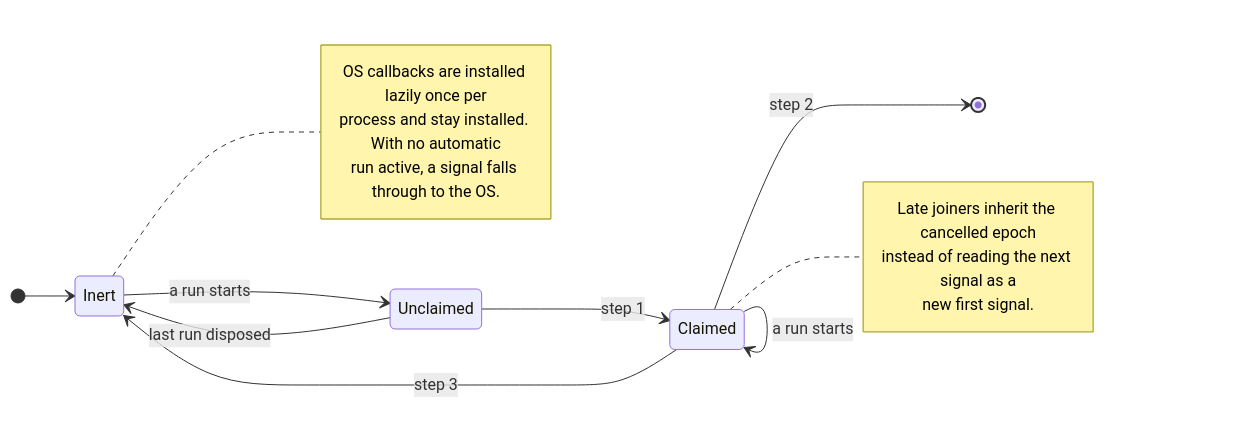
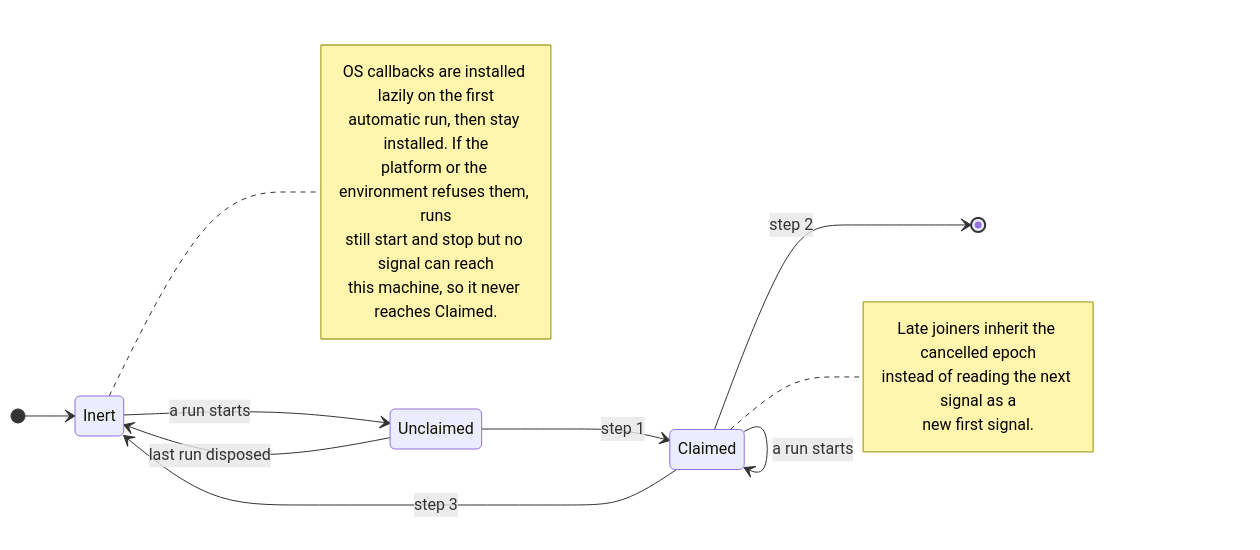
One commit to autocarl/repl changed the second of 3 diagrams in docs/configuration-reference.md. Above: the diagram before and after it, drawn with Mermaid. The commit also changed other lines of this file and 9 other files, not shown here.

````diff
--- a/docs/configuration-reference.md
+++ b/docs/configuration-reference.md
@@ -277,24 +277,26 @@
 ```mermaid
 stateDiagram-v2
     direction LR
     [*] --> Inert
 
     Inert --> Unclaimed: a run starts
     Unclaimed --> Inert: last run disposed
     Unclaimed --> Claimed: step 1
     Claimed --> Claimed: a run starts
     Claimed --> Inert: step 3
     Claimed --> [*]: step 2
 
     note right of Inert
-        OS callbacks are installed lazily once per
-        process and stay installed. With no automatic
-        run active, a signal falls through to the OS.
+        OS callbacks are installed lazily on the first
+        automatic run, then stay installed. If the
+        platform or the environment refuses them, runs
+        still start and stop but no signal can reach
+        this machine, so it never reaches Claimed.
     end note
 
     note right of Claimed
         Late joiners inherit the cancelled epoch
         instead of reading the next signal as a
         new first signal.
     end note
 ```
````
